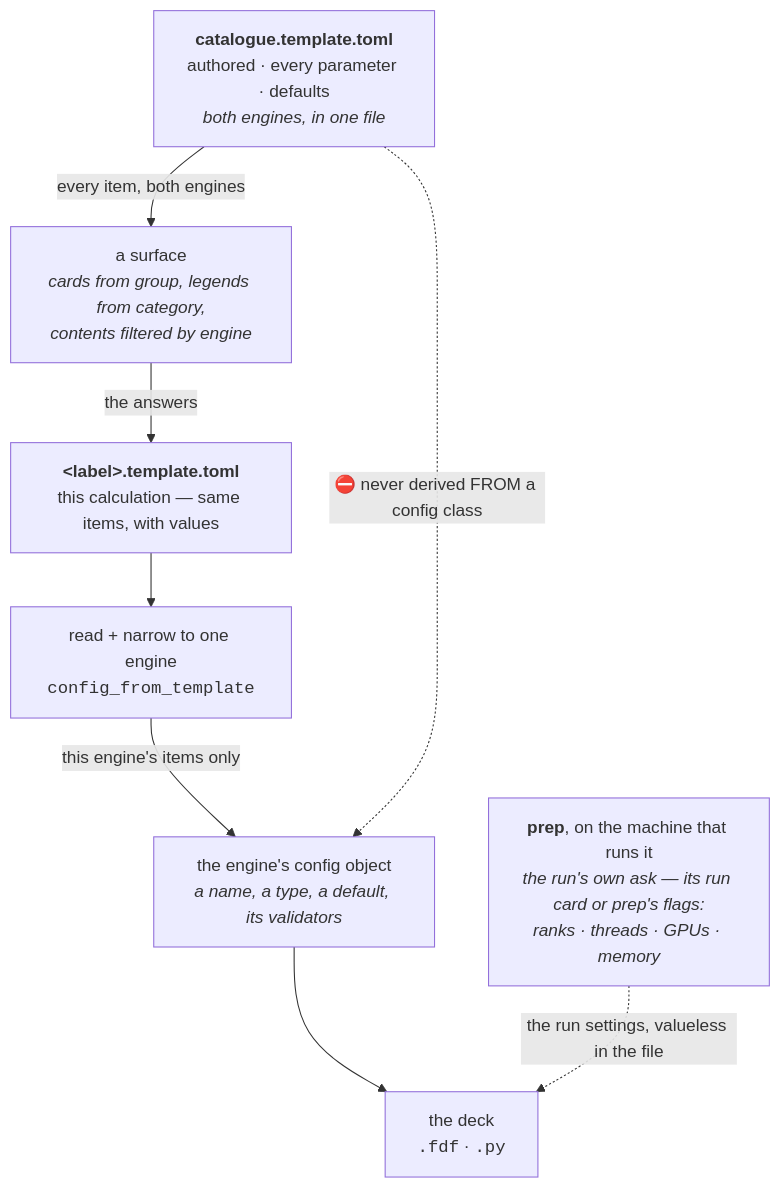
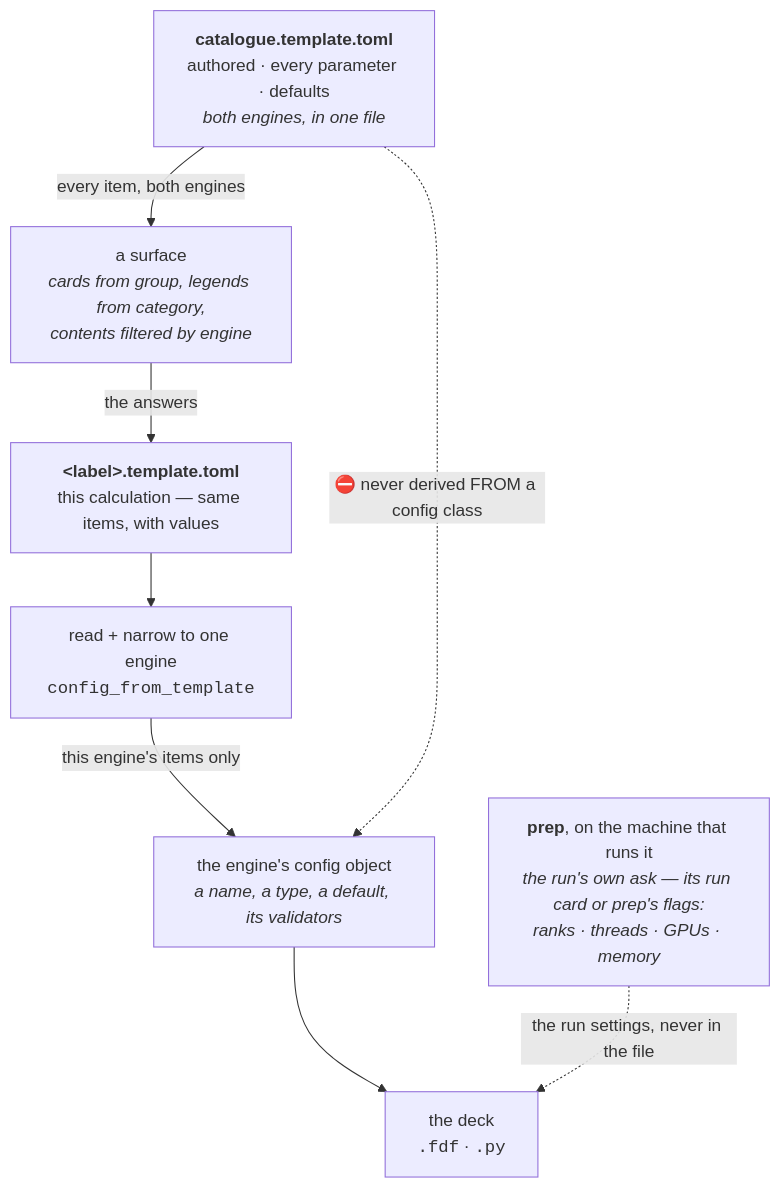
The first of 8 diagrams in docs/engines/template.md (Qing-LAB/molbuilder), drawn with Mermaid before and after one commit. The commit also changed other lines of this file and 45 other files, not shown here.

````diff
--- a/docs/engines/template.md
+++ b/docs/engines/template.md
@@ -599,19 +574,19 @@
 ```mermaid
 flowchart TD
     CAT["<b>catalogue.template.toml</b><br/>authored · every parameter · defaults<br/><i>both engines, in one file</i>"]
     UI["a surface<br/><i>cards from group, legends from category,<br/>contents filtered by engine</i>"]
     TPL["<b>&lt;label&gt;.template.toml</b><br/>this calculation — same items, with values"]
     RD["read + narrow to one engine<br/><code>config_from_template</code>"]
     CFG["the engine's config object<br/><i>a name, a type, a default, its validators</i>"]
     DECK["the deck<br/><code>.fdf</code> · <code>.py</code>"]
     ALLOC["<b>prep</b>, on the machine that runs it<br/><i>the run's own ask — its run card or prep's flags:<br/>ranks · threads · GPUs · memory</i>"]
 
     CAT -->|"every item, both engines"| UI
     UI -->|"the answers"| TPL
     TPL --> RD
     RD -->|"this engine's items only"| CFG
     CFG --> DECK
-    ALLOC -.->|"the run settings, valueless in the file"| DECK
+    ALLOC -.->|"the run settings, never in the file"| DECK
 
     CAT -.->|"⛔ never derived FROM a config class"| CFG
 ```
````
